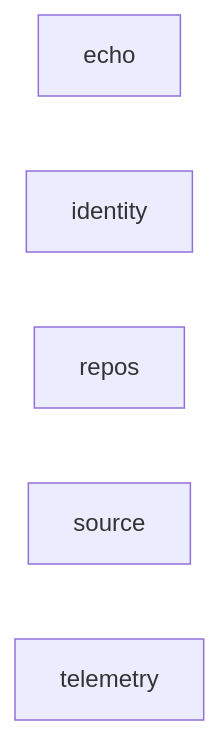
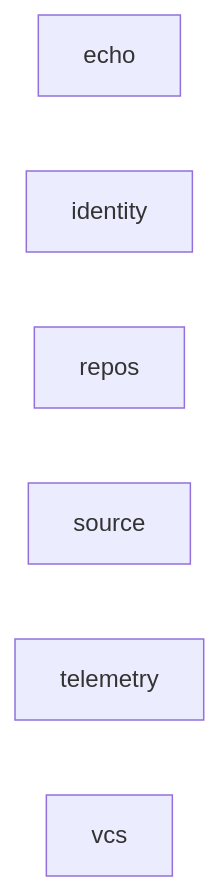
One commit to nca-apprentices/jjforge changed the diagram in shared/docs/modules.md. Above: the diagram before and after it, drawn with Mermaid. The commit also changed 51 other files, not shown here.

````diff
--- a/shared/docs/modules.md
+++ b/shared/docs/modules.md
@@ -8,8 +8,9 @@
 ```mermaid
 flowchart LR
     echo
     identity
     repos
     source
     telemetry
+    vcs
 ```
````
